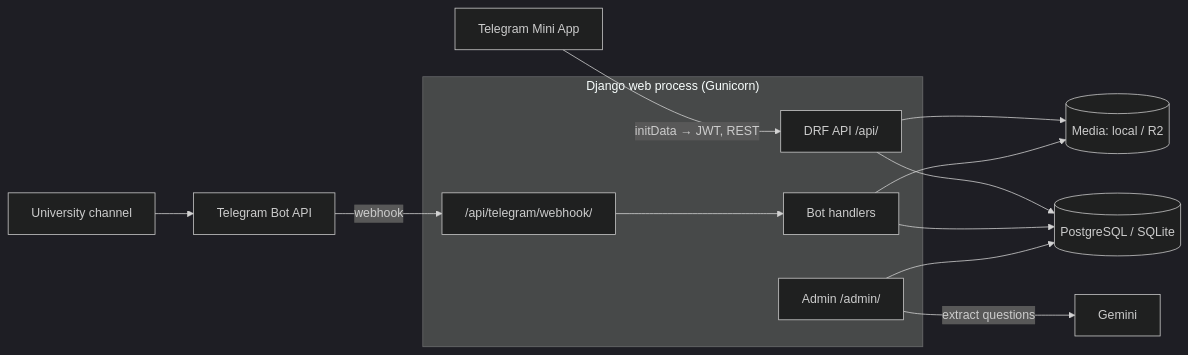
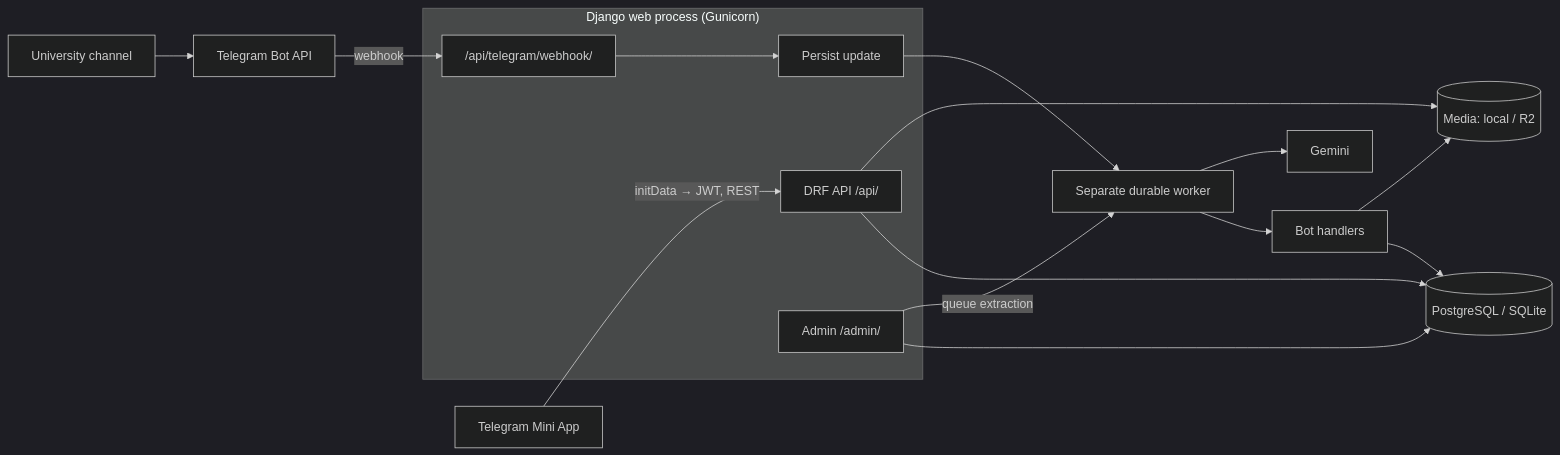
The diagram in README.md (yirubal/uniportal-backend), drawn with Mermaid (dark theme) before and after one commit. The commit also changed other lines of this file and 43 other files, not shown here.

````diff
--- a/README.md
+++ b/README.md
@@ -28,19 +28,22 @@
 ```mermaid
 flowchart LR
     MA[Telegram Mini App] -- "initData → JWT, REST" --> API
     CH[University channel] --> TG[Telegram Bot API]
     TG -- webhook --> WH
 
     subgraph Web["Django web process (Gunicorn)"]
         API[DRF API /api/]
-        WH["/api/telegram/webhook/"] --> BOT[Bot handlers]
+        WH["/api/telegram/webhook/"] --> UPD[Persist update]
         ADM[Admin /admin/]
     end
 
+    UPD --> WORKER[Separate durable worker]
+    WORKER --> BOT[Bot handlers]
     API --> DB[(PostgreSQL / SQLite)]
     BOT --> DB
     ADM --> DB
     API --> FS[(Media: local / R2)]
     BOT --> FS
-    ADM -- extract questions --> AI[Gemini]
+    ADM -- queue extraction --> WORKER
+    WORKER --> AI[Gemini]
 ```
````
